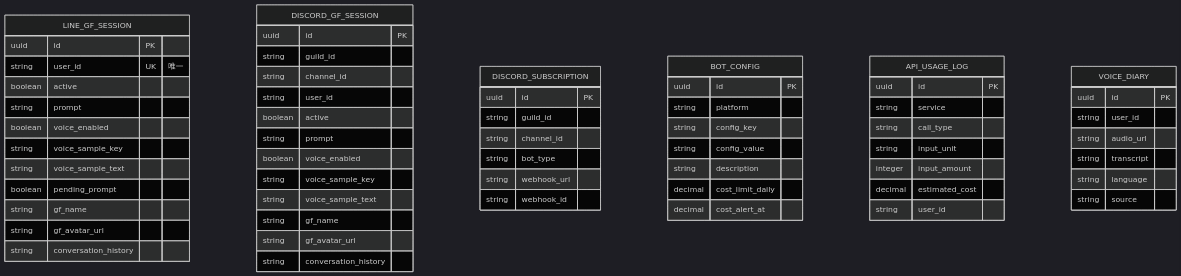
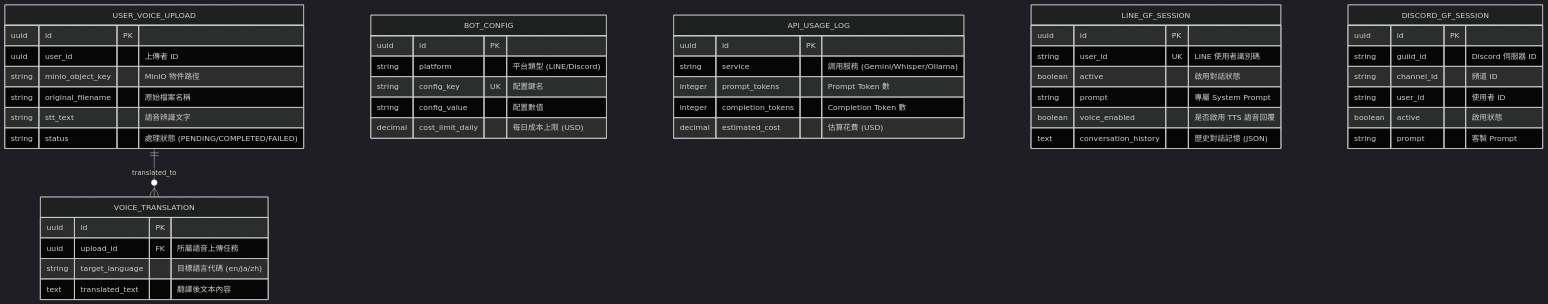
One commit to twinatrick/Backend-Architecture-Lab changed the sixth of 14 diagrams in README.md. Above: the diagram before and after it, drawn with Mermaid (dark theme). The commit also changed other lines of this file, not shown here.

````diff
--- a/README.md
+++ b/README.md
@@ -485,69 +331,54 @@
 ```mermaid
 erDiagram
+    USER_VOICE_UPLOAD ||--o{ VOICE_TRANSLATION: "translated_to"
+
+    BOT_CONFIG {
+        uuid id PK
+        string platform "平台類型 (LINE/Discord)"
+        string config_key UK "配置鍵名"
+        string config_value "配置數值"
+        decimal cost_limit_daily "每日成本上限 (USD)"
+    }
+
+    API_USAGE_LOG {
+        uuid id PK
+        string service "調用服務 (Gemini/Whisper/Ollama)"
+        integer prompt_tokens "Prompt Token 數"
+        integer completion_tokens "Completion Token 數"
+        decimal estimated_cost "估算花費 (USD)"
+    }
+
     LINE_GF_SESSION {
         uuid id PK
-        string user_id UK "唯一"
-        boolean active
-        string prompt
-        boolean voice_enabled
-        string voice_sample_key
-        string voice_sample_text
-        boolean pending_prompt
-        string gf_name
-        string gf_avatar_url
-        string conversation_history
+        string user_id UK "LINE 使用者識別碼"
+        boolean active "啟用對話狀態"
+        string prompt "專屬 System Prompt"
+        boolean voice_enabled "是否啟用 TTS 語音回覆"
+        text conversation_history "歷史對話記憶 (JSON)"
     }
 
     DISCORD_GF_SESSION {
         uuid id PK
-        string guild_id
-        string channel_id
-        string user_id
-        boolean active
-        string prompt
-        boolean voice_enabled
-        string voice_sample_key
-        string voice_sample_text
-        string gf_name
-        string gf_avatar_url
-        string conversation_history
+        string guild_id "Discord 伺服器 ID"
+        string channel_id "頻道 ID"
+        string user_id "使用者 ID"
+        boolean active "啟用狀態"
+        string prompt "客製 Prompt"
     }
 
-    DISCORD_SUBSCRIPTION {
+    USER_VOICE_UPLOAD {
         uuid id PK
-        string guild_id
-        string channel_id
-        string bot_type
-        string webhook_url
-        string webhook_id
+        uuid user_id "上傳者 ID"
+        string minio_object_key "MinIO 物件路徑"
+        string original_filename "原始檔案名稱"
+        string stt_text "語音辨識文字"
+        string status "處理狀態 (PENDING/COMPLETED/FAILED)"
     }
 
-    BOT_CONFIG {
+    VOICE_TRANSLATION {
         uuid id PK
-        string platform
-        string config_key
-        string config_value
-        string description
-        decimal cost_limit_daily
-        decimal cost_alert_at
-    }
-
-    API_USAGE_LOG {
-        uuid id PK
-        string service
-        string call_type
-        string input_unit
-        integer input_amount
-        decimal estimated_cost
-        string user_id
-    }
-
-    VOICE_DIARY {
-        uuid id PK
-        string user_id
-        string audio_url
-        string transcript
-        string language
-        string source
+        uuid upload_id FK "所屬語音上傳任務"
+        string target_language "目標語言代碼 (en/ja/zh)"
+        text translated_text "翻譯後文本內容"
     }
 ```
````
